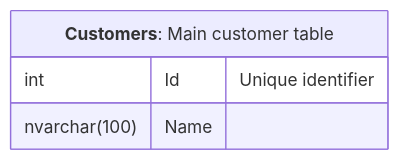
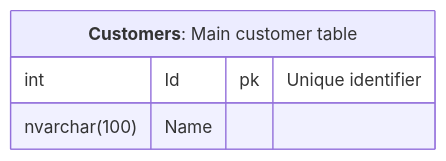
Before and after one commit to SimonCropp/DbToMermaid: the diagram in src/SqlServerToMermaid.Tests/Tests.RenderMarkdownFromScriptWithCommentNoSchema.verified.md, drawn with Mermaid. The commit also changed 14 other files, not shown here.

````diff
--- a/src/SqlServerToMermaid.Tests/Tests.RenderMarkdownFromScriptWithCommentNoSchema.verified.md
+++ b/src/SqlServerToMermaid.Tests/Tests.RenderMarkdownFromScriptWithCommentNoSchema.verified.md
@@ -1,7 +1,7 @@
 ```mermaid
 erDiagram
   Customers["**Customers**: Main customer table"] {
-    int Id "Unique identifier"
+    int Id pk "Unique identifier"
     nvarchar(100) Name
   }
 ```
````
